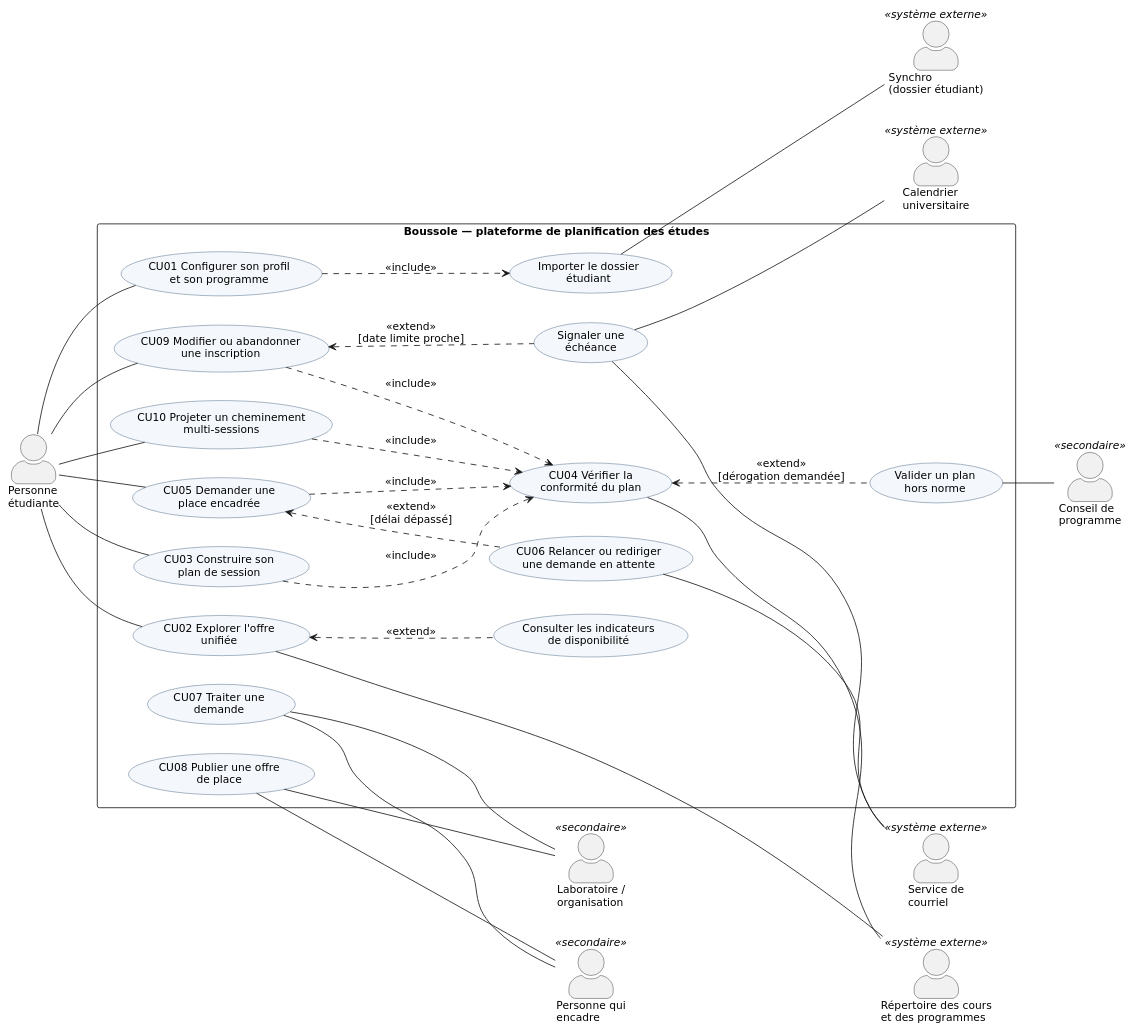
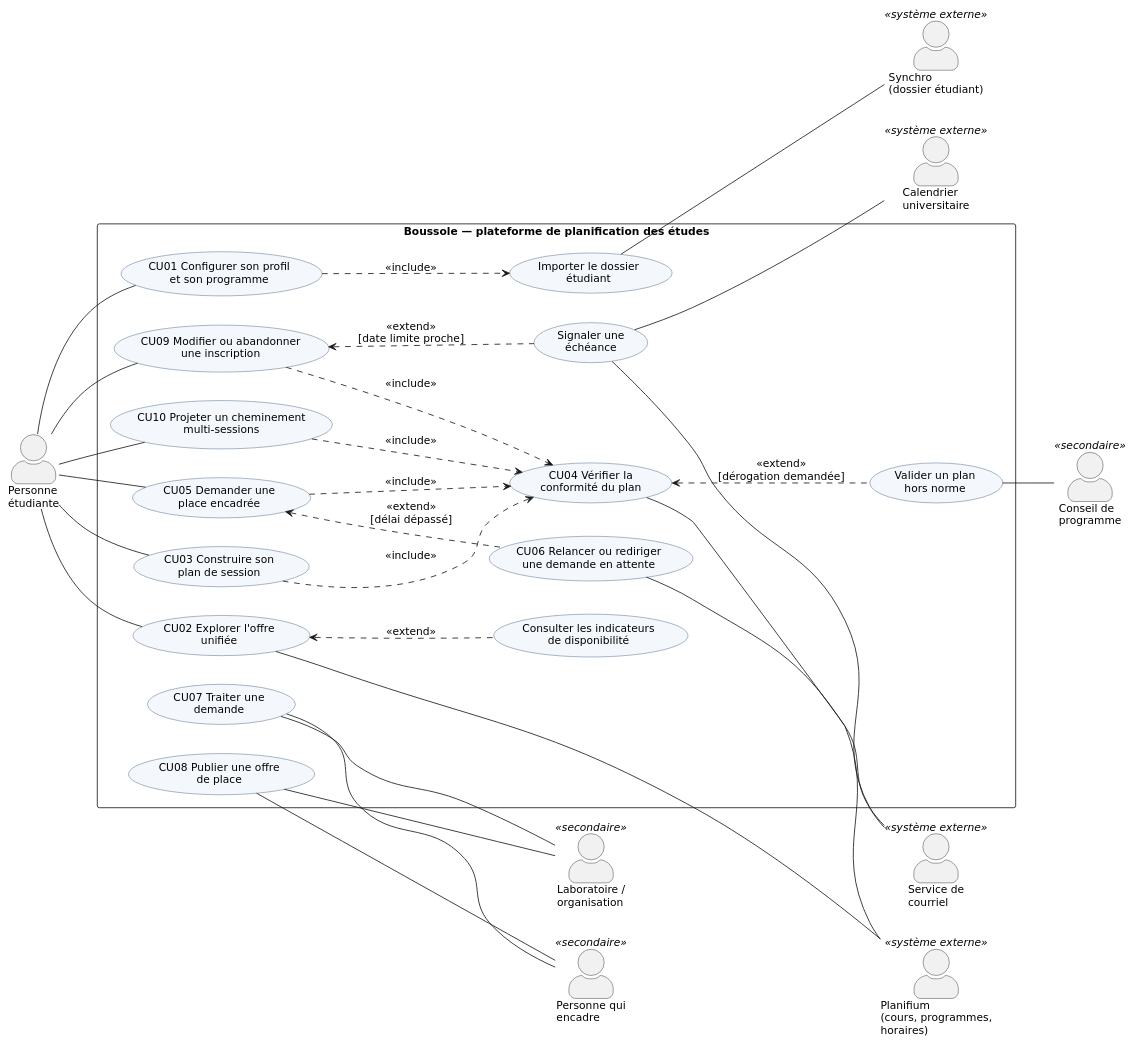
Before and after one commit to sndsbst-bit/IFT1225Projet: the diagram in docs/diagrammes/A1-cas-utilisation.puml, drawn with PlantUML. The commit also changed 14 other files, not shown here.

Commit message:
Phase 2 : révision des diagrammes de la phase 1

```diff
--- a/docs/diagrammes/A1-cas-utilisation.puml
+++ b/docs/diagrammes/A1-cas-utilisation.puml
@@ -1,67 +1,68 @@
 @startuml A1-cas-utilisation
+' Révision phase 2 : le Répertoire des cours et programmes est remplacé par l'API Planifium.
 left to right direction
 skinparam defaultFontName DejaVu Sans
 skinparam defaultFontSize 13
 skinparam shadowing false
 skinparam packageStyle rectangle
 skinparam usecase {
   BackgroundColor #F4F7FB
   BorderColor #2F4F6F
 }
 skinparam actorStyle awesome
 
 actor "Personne\nétudiante" as ETU
 actor "Personne qui\nencadre" as ENC <<secondaire>>
 actor "Laboratoire /\norganisation" as ORG <<secondaire>>
 actor "Conseil de\nprogramme" as CP <<secondaire>>
 actor "Synchro\n(dossier étudiant)" as SYN <<système externe>>
-actor "Répertoire des cours\net des programmes" as REP <<système externe>>
+actor "Planifium\n(cours, programmes,\nhoraires)" as REP <<système externe>>
 actor "Calendrier\nuniversitaire" as CAL <<système externe>>
 actor "Service de\ncourriel" as MAIL <<système externe>>
 
 rectangle "Boussole — plateforme de planification des études" {
   usecase "CU01 Configurer son profil\net son programme" as CU01
   usecase "CU02 Explorer l'offre\nunifiée" as CU02
   usecase "CU03 Construire son\nplan de session" as CU03
   usecase "CU04 Vérifier la\nconformité du plan" as CU04
   usecase "CU05 Demander une\nplace encadrée" as CU05
   usecase "CU06 Relancer ou rediriger\nune demande en attente" as CU06
   usecase "CU07 Traiter une\ndemande" as CU07
   usecase "CU08 Publier une offre\nde place" as CU08
   usecase "CU09 Modifier ou abandonner\nune inscription" as CU09
   usecase "CU10 Projeter un cheminement\nmulti-sessions" as CU10
   usecase "Importer le dossier\nétudiant" as UI1
   usecase "Signaler une\néchéance" as UI2
   usecase "Consulter les indicateurs\nde disponibilité" as UI3
   usecase "Valider un plan\nhors norme" as UI4
 }
 
 ETU -- CU01
 ETU -- CU02
 ETU -- CU03
 ETU -- CU05
 ETU -- CU09
 ETU -- CU10
 
 CU01 ..> UI1 : <<include>>
 CU03 ..> CU04 : <<include>>
 CU05 ..> CU04 : <<include>>
 CU09 ..> CU04 : <<include>>
 CU10 ..> CU04 : <<include>>
 UI3 .up.> CU02 : <<extend>>
 CU06 .up.> CU05 : <<extend>>\n[délai dépassé]
 UI2 .up.> CU09 : <<extend>>\n[date limite proche]
 UI4 .up.> CU04 : <<extend>>\n[dérogation demandée]
 
 CU07 -- ENC
 CU08 -- ENC
 CU08 -- ORG
 CU07 -- ORG
 UI4 -- CP
 UI1 -- SYN
 CU02 -- REP
 CU04 -- REP
 UI2 -- CAL
 UI2 -- MAIL
 CU06 -- MAIL
 @enduml
```
